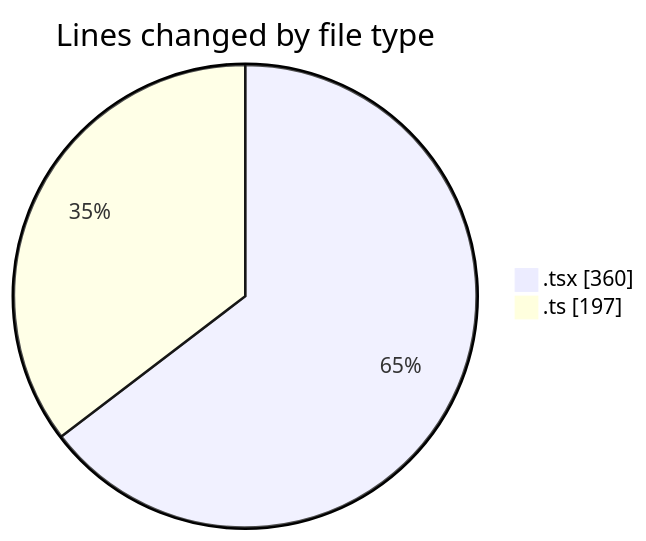
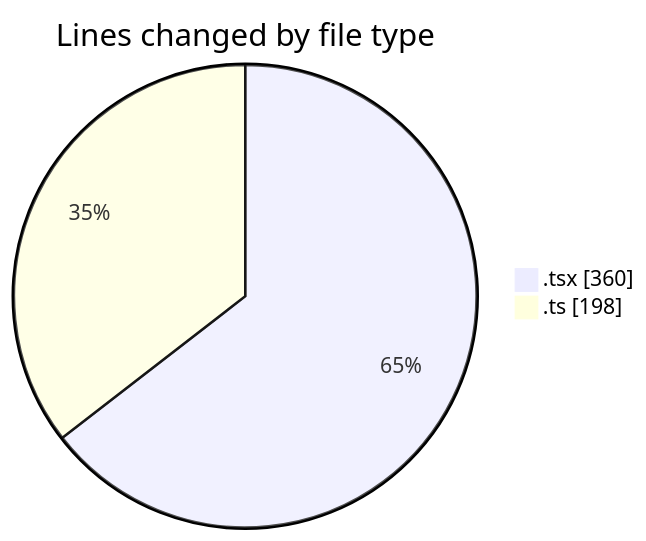
Before and after one commit to robertbonfada/code-tracking: the first of 2 diagrams in 2025-02-19/mbc-web/README.md, drawn with Mermaid. The commit also changed other lines of this file and 1 other file, not shown here.

````diff
--- a/2025-02-19/mbc-web/README.md
+++ b/2025-02-19/mbc-web/README.md
@@ -29,6 +29,6 @@
 ```mermaid
 pie showData
 title Lines changed by file type
 ".tsx" : 360
-".ts" : 197
+".ts" : 198
 ```
````
